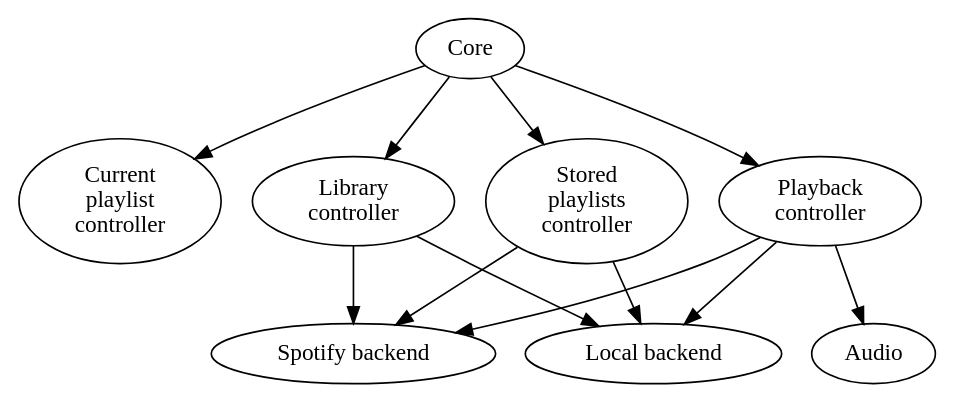
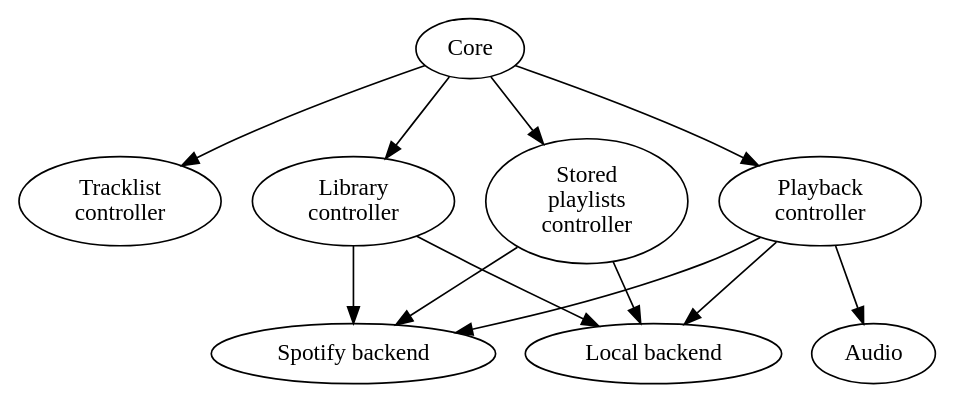
Before and after one commit to mopidy/mopidy: the third of 4 diagrams in docs/api/concepts.rst, drawn with Graphviz. The commit also changed other lines of this file and 29 other files, not shown here.

Commit message:
Rename 'current playlist' to 'tracklist'

```diff
--- a/docs/api/concepts.rst
+++ b/docs/api/concepts.rst
@@ -51,16 +51,16 @@
 .. digraph:: core_architecture
 
-    Core -> "Current\nplaylist\ncontroller"
+    Core -> "Tracklist\ncontroller"
     Core -> "Library\ncontroller"
     Core -> "Playback\ncontroller"
     Core -> "Stored\nplaylists\ncontroller"
 
     "Library\ncontroller" -> "Local backend"
     "Library\ncontroller" -> "Spotify backend"
 
     "Playback\ncontroller" -> "Local backend"
     "Playback\ncontroller" -> "Spotify backend"
     "Playback\ncontroller" -> Audio
 
     "Stored\nplaylists\ncontroller" -> "Local backend"
     "Stored\nplaylists\ncontroller" -> "Spotify backend"
```
